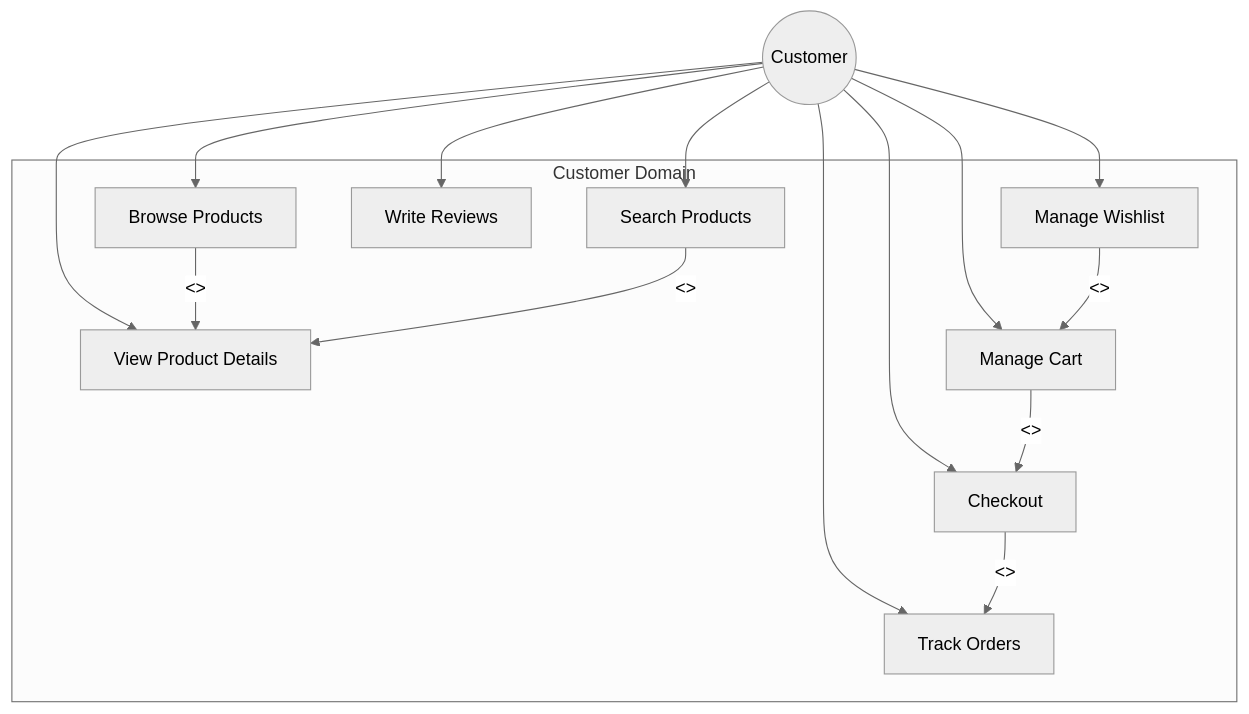
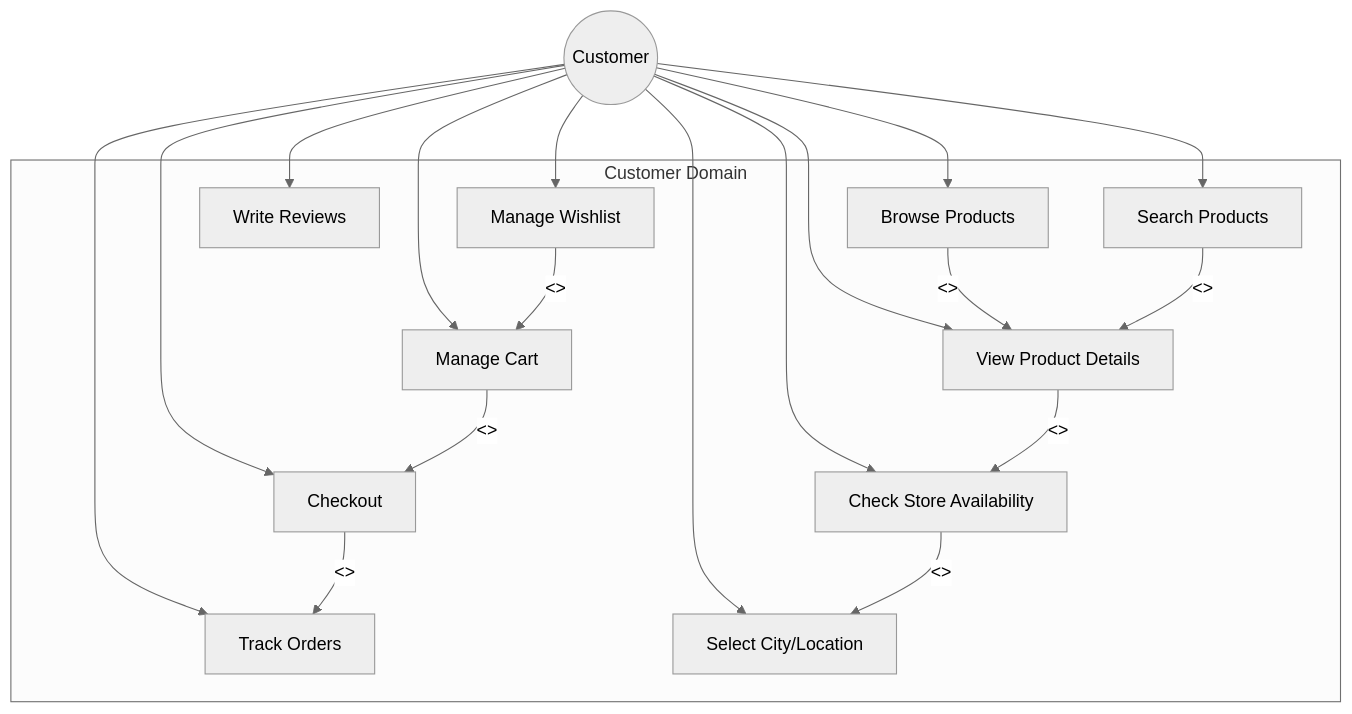
One commit to DanhTrannn/TLCN changed the second of 58 diagrams in docs/design-analysis/OOSAD_ANALYSIS.md. Above: the diagram before and after it, drawn with Mermaid (neutral theme). The commit also changed other lines of this file, not shown here.

````diff
--- a/docs/design-analysis/OOSAD_ANALYSIS.md
+++ b/docs/design-analysis/OOSAD_ANALYSIS.md
@@ -97,30 +125,36 @@
 ```mermaid
 graph TB
     subgraph "Customer Domain"
         UC1[Browse Products]
         UC2[Search Products]
         UC3[View Product Details]
         UC4[Manage Cart]
         UC5[Checkout]
         UC6[Track Orders]
         UC7[Write Reviews]
         UC8[Manage Wishlist]
+        UC15[Select City/Location]
+        UC16[Check Store Availability]
     end
     
     Customer((Customer))
     
     Customer --> UC1
     Customer --> UC2
     Customer --> UC3
     Customer --> UC4
     Customer --> UC5
     Customer --> UC6
     Customer --> UC7
     Customer --> UC8
+    Customer --> UC15
+    Customer --> UC16
     
     UC4 -->|<<include>>| UC5
     UC5 -->|<<include>>| UC6
     UC1 -->|<<extend>>| UC3
     UC2 -->|<<extend>>| UC3
     UC8 -->|<<extend>>| UC4
+    UC16 -->|<<include>>| UC15
+    UC3 -->|<<extend>>| UC16
 ```
````
